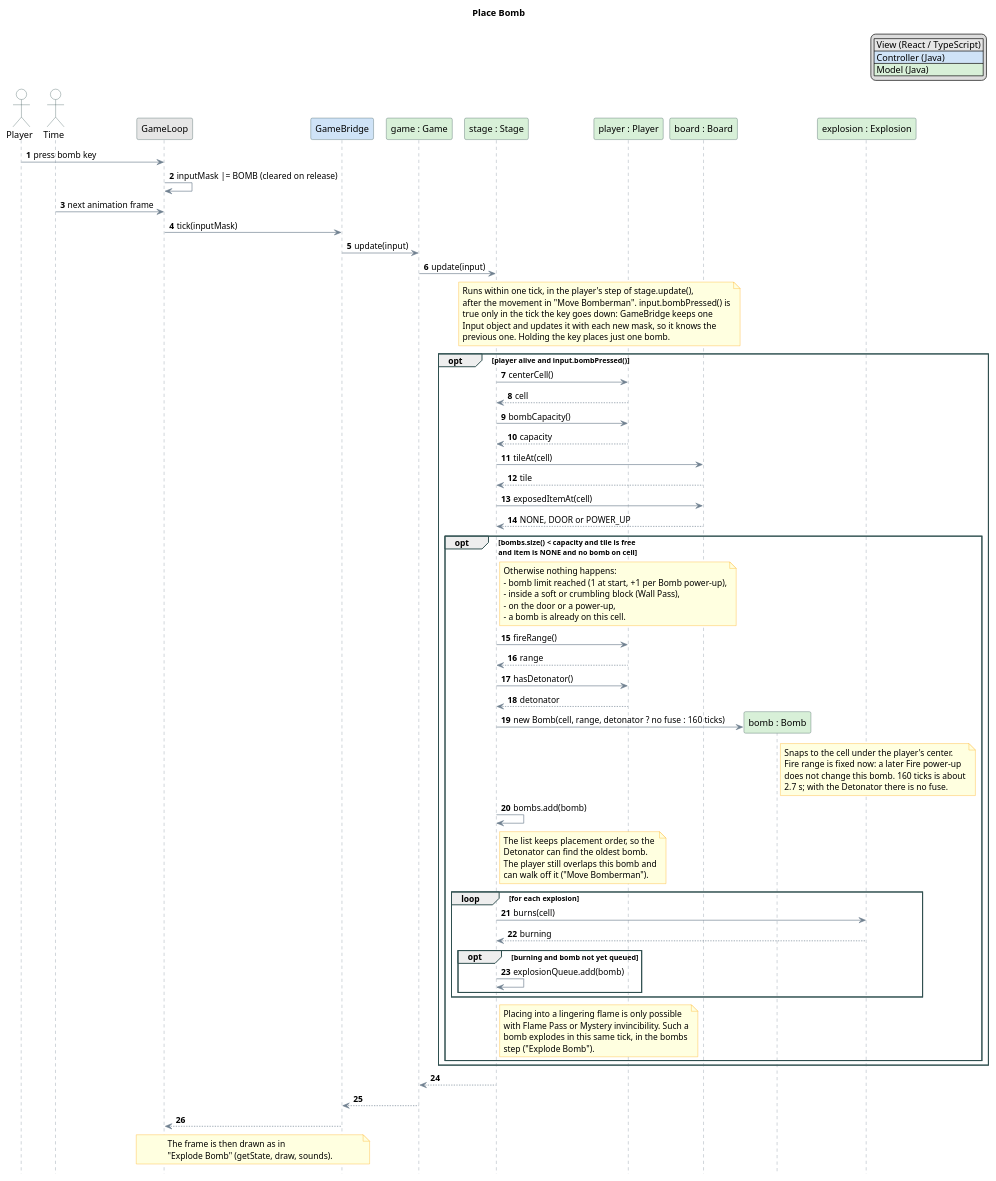
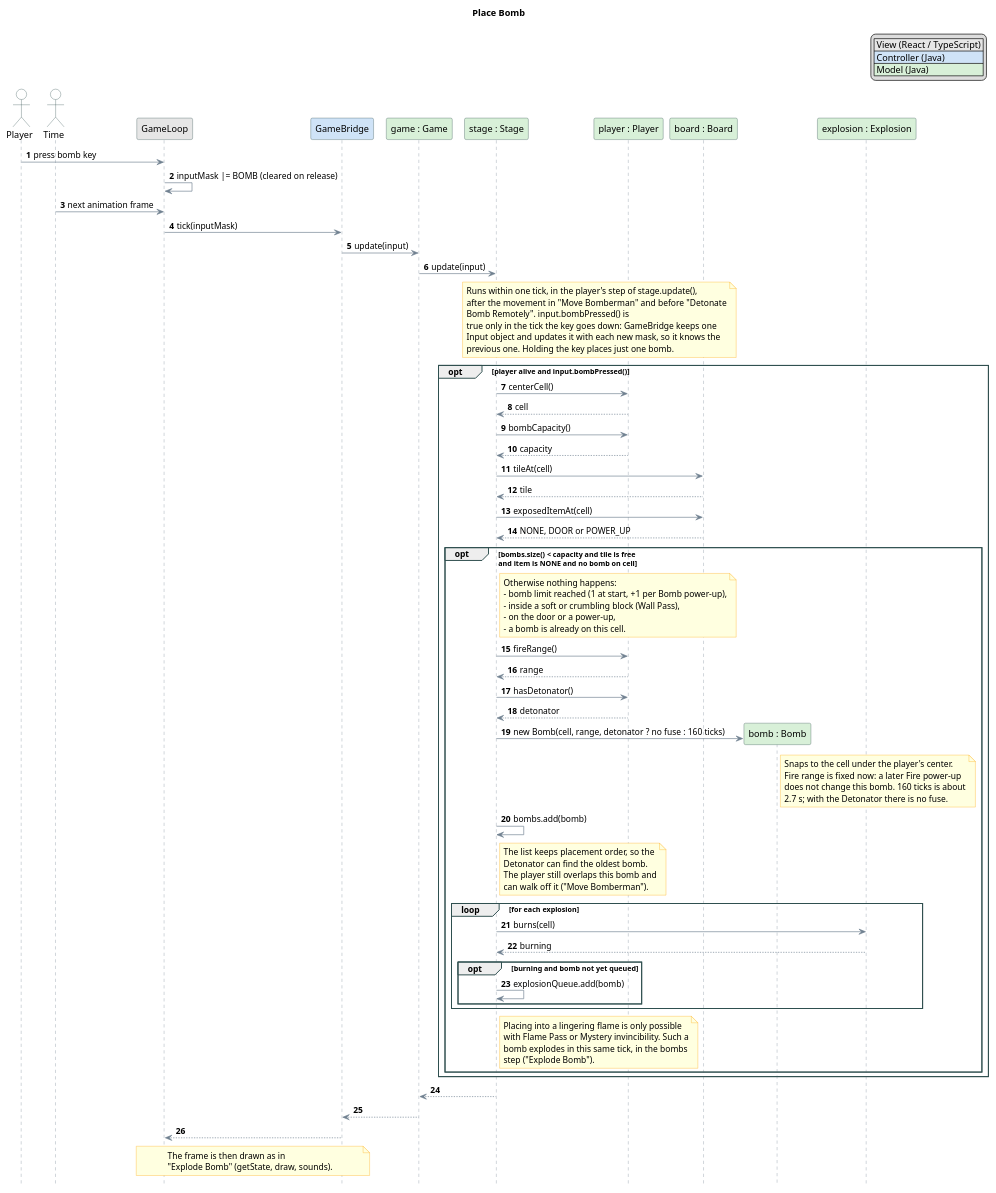
Before and after one commit to KamilDxD2/po2026: the diagram in projekt/uml/02-sekwencja-place-bomb.puml, drawn with PlantUML. The commit also changed 6 other files, not shown here.

Commit message:
updated bomb placement and detonation sequences, enhanced enemy spawn logic, and added new sequence diagrams for detonation and stage time events

```diff
--- a/projekt/uml/02-sekwencja-place-bomb.puml
+++ b/projekt/uml/02-sekwencja-place-bomb.puml
@@ -1,123 +1,124 @@
 @startuml
 title Place Bomb
 
 hide footbox
 
 legend top right
   |<#E6E6E6> View (React / TypeScript) |
   |<#CFE3F7> Controller (Java) |
   |<#D8F0D8> Model (Java) |
 endlegend
 autonumber
 
 skinparam ParticipantBackgroundColor LightCyan
 skinparam ParticipantBorderColor DarkSlateGray
 skinparam ActorBackgroundColor White
 skinparam ActorBorderColor DarkSlateGray
 skinparam ArrowColor SlateGray
 skinparam SequenceLifeLineBorderColor SlateGray
 skinparam SequenceGroupBorderColor DarkSlateGray
 skinparam DefaultFontName Arial
 skinparam note {
     BackgroundColor LightYellow
     BorderColor Orange
 }
 
 ' ==========================================
 ' Participants, coloured by MVC layer as in "Explode Bomb" (see legend).
 ' Placing a bomb is part of the player's step of stage.update(),
 ' right after the movement in "Move Bomberman" and before its
 ' contact checks.
 ' ==========================================
 actor "Player" as user
 actor "Time" as time
 
 participant "GameLoop" as view #E6E6E6
 
 participant "GameBridge" as bridge #CFE3F7
 
 participant "game : Game" as game #D8F0D8
 participant "stage : Stage" as stage #D8F0D8
 participant "player : Player" as player #D8F0D8
 participant "board : Board" as board #D8F0D8
 participant "bomb : Bomb" as bomb #D8F0D8
 participant "explosion : Explosion" as explosion #D8F0D8
 
 user -> view : press bomb key
 view -> view : inputMask |= BOMB (cleared on release)
 time -> view : next animation frame
 view -> bridge : tick(inputMask)
 bridge -> game : update(input)
 game -> stage : update(input)
 
 note over stage, board
   Runs within one tick, in the player's step of stage.update(),
-  after the movement in "Move Bomberman". input.bombPressed() is
+  after the movement in "Move Bomberman" and before "Detonate
+  Bomb Remotely". input.bombPressed() is
   true only in the tick the key goes down: GameBridge keeps one
   Input object and updates it with each new mask, so it knows the
   previous one. Holding the key places just one bomb.
 end note
 
 opt player alive and input.bombPressed()
     stage -> player : centerCell()
     player --> stage : cell
     stage -> player : bombCapacity()
     player --> stage : capacity
     stage -> board : tileAt(cell)
     board --> stage : tile
     stage -> board : exposedItemAt(cell)
     board --> stage : NONE, DOOR or POWER_UP
 
     opt bombs.size() < capacity and tile is free\nand item is NONE and no bomb on cell
         note right of stage
           Otherwise nothing happens:
           - bomb limit reached (1 at start, +1 per Bomb power-up),
           - inside a soft or crumbling block (Wall Pass),
           - on the door or a power-up,
           - a bomb is already on this cell.
         end note
 
         stage -> player : fireRange()
         player --> stage : range
         stage -> player : hasDetonator()
         player --> stage : detonator
 
         create bomb
         stage -> bomb : new Bomb(cell, range, detonator ? no fuse : 160 ticks)
         note right of bomb
           Snaps to the cell under the player's center.
           Fire range is fixed now: a later Fire power-up
           does not change this bomb. 160 ticks is about
           2.7 s; with the Detonator there is no fuse.
         end note
 
         stage -> stage : bombs.add(bomb)
         note right of stage
           The list keeps placement order, so the
           Detonator can find the oldest bomb.
           The player still overlaps this bomb and
           can walk off it ("Move Bomberman").
         end note
 
         loop for each explosion
             stage -> explosion : burns(cell)
             explosion --> stage : burning
             opt burning and bomb not yet queued
                 stage -> stage : explosionQueue.add(bomb)
             end
         end
         note right of stage
           Placing into a lingering flame is only possible
           with Flame Pass or Mystery invincibility. Such a
           bomb explodes in this same tick, in the bombs
           step ("Explode Bomb").
         end note
     end
 end
 
 stage --> game
 game --> bridge
 bridge --> view
 note over view, bridge : The frame is then drawn as in\n"Explode Bomb" (getState, draw, sounds).
 
 @enduml
```
